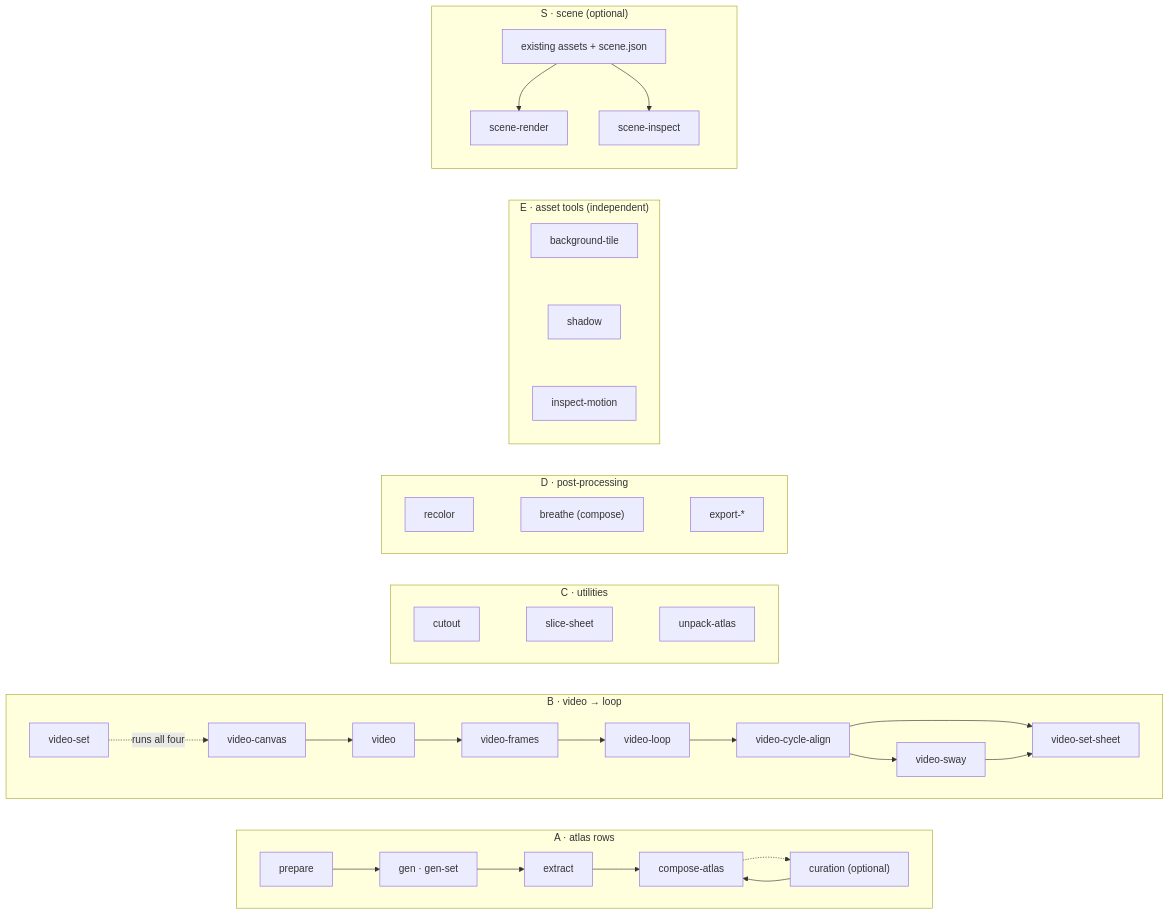
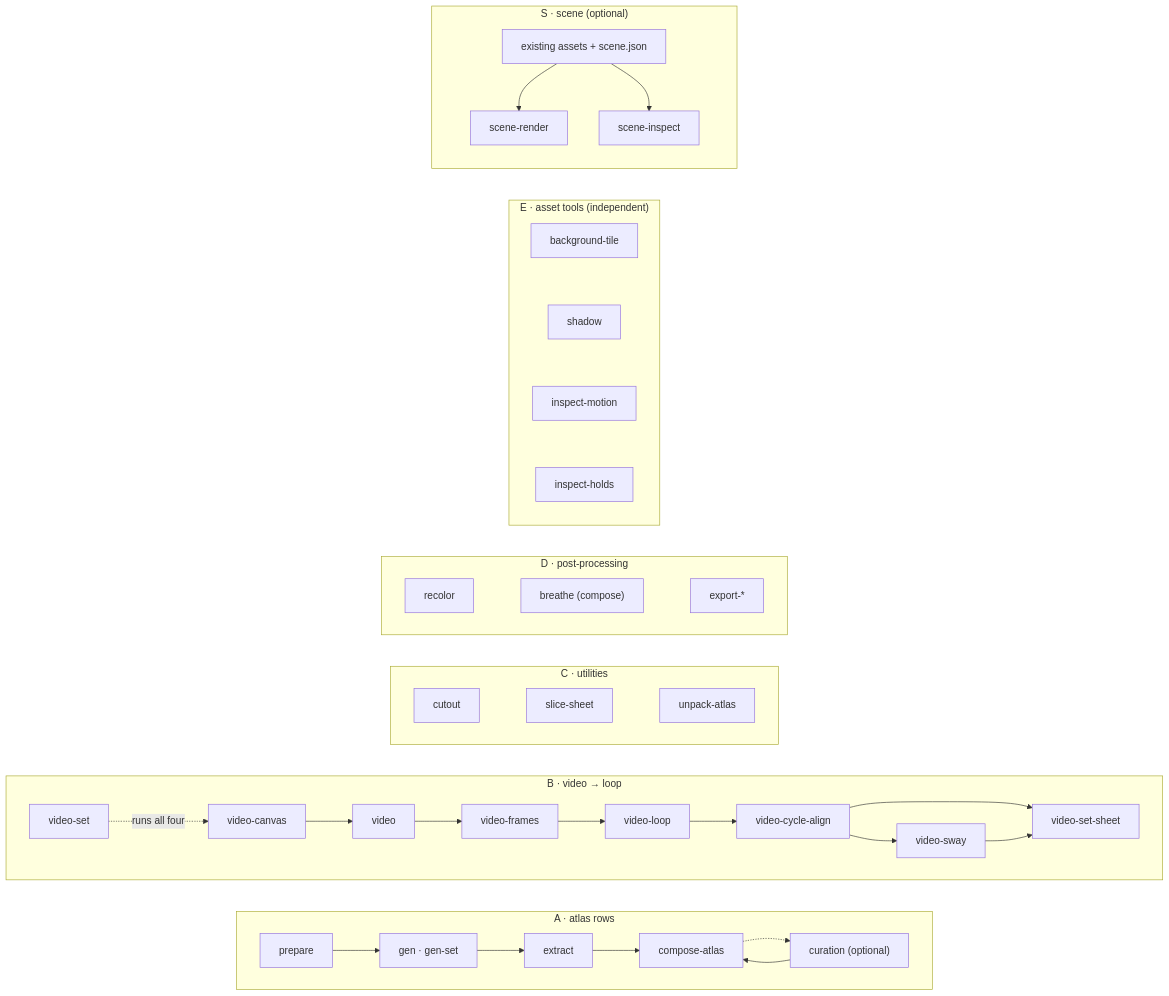
The diagram in docs/README.md (aldegad/sprite-gen), drawn with Mermaid before and after one commit. The commit also changed other lines of this file and 6 other files, not shown here.

````diff
--- a/docs/README.md
+++ b/docs/README.md
@@ -7,32 +7,32 @@
 ```mermaid
 flowchart LR
     subgraph A["A · atlas rows"]
         direction LR
         a1[prepare] --> a2["gen · gen-set"] --> a3[extract] --> a5[compose-atlas]
         a5 -.-> a4["curation (optional)"]
         a4 --> a5
     end
     subgraph B["B · video → loop"]
         direction LR
         b1[video-canvas] --> b2[video] --> b3[video-frames] --> b4[video-loop]
         b5[video-set] -.runs all four.-> b1
         b4 --> b6[video-cycle-align] --> b7[video-sway]
         b6 --> b8[video-set-sheet]
         b7 --> b8
     end
     subgraph C["C · utilities"]
         direction LR
         c1[cutout] ~~~ c2[slice-sheet] ~~~ c3[unpack-atlas]
     end
     subgraph D["D · post-processing"]
         direction LR
         d1[recolor] ~~~ d2["breathe (compose)"] ~~~ d3[export-*]
     end
     subgraph E["E · asset tools (independent)"]
-        e1[background-tile] ~~~ e2[shadow] ~~~ e3[inspect-motion]
+        e1[background-tile] ~~~ e2[shadow] ~~~ e3[inspect-motion] ~~~ e4[inspect-holds]
     end
     subgraph S["S · scene (optional)"]
         s1["existing assets + scene.json"] --> s2[scene-render]
         s1 --> s3[scene-inspect]
     end
 ```
````
